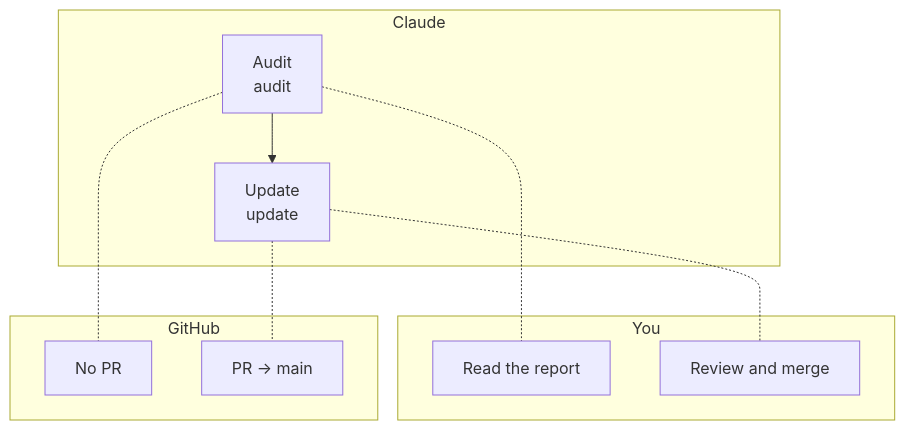
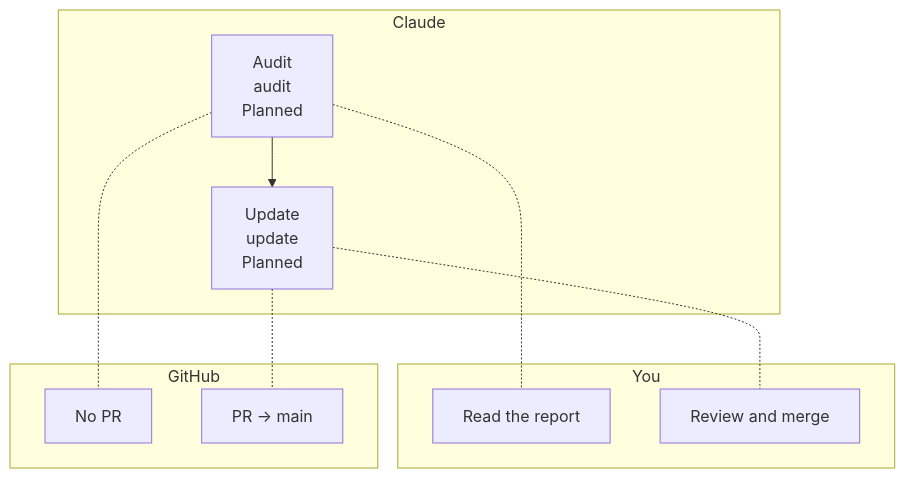
The third of 3 diagrams in docs/guides/Cuevik-Plugins_Walkthrough.md (viralparikh-dev/cuevik-plugins), drawn with Mermaid before and after one commit. The commit also changed other lines of this file and 8 other files, not shown here.

````diff
--- a/docs/guides/Cuevik-Plugins_Walkthrough.md
+++ b/docs/guides/Cuevik-Plugins_Walkthrough.md
@@ -201,20 +199,20 @@
 ```mermaid
 flowchart TB
   subgraph YOU["You"]
     S0_0["Read the report"]
     S1_0["Review and merge"]
   end
   subgraph CL["Claude"]
-    M0["Audit<br/>audit"]
-    M1["Update<br/>update"]
+    M0["Audit<br/>audit<br/>Planned"]
+    M1["Update<br/>update<br/>Planned"]
   end
   subgraph GH["GitHub"]
     S0_1["No PR"]
     S1_1["PR → main"]
   end
   M0 -.- S0_0
   M0 -.- S0_1
   M0 --> M1
   M1 -.- S1_0
   M1 -.- S1_1
 ```
````
